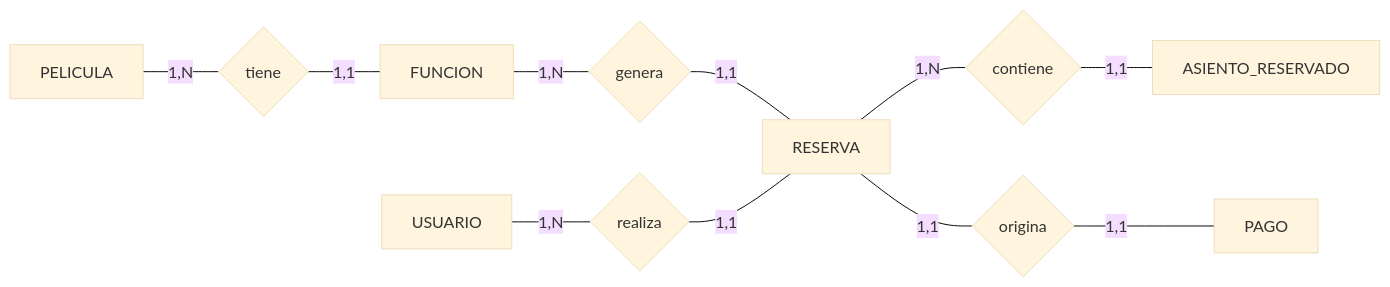
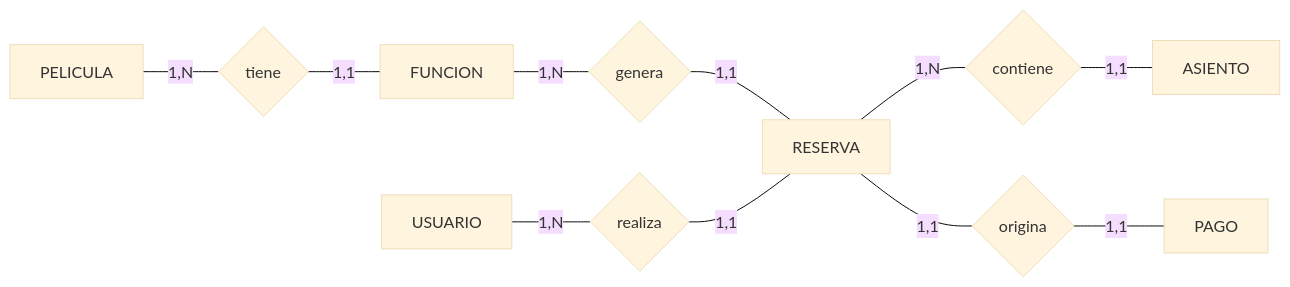
Before and after one commit to Gabriel-Sanabria/CineSeat: the diagram in Documentacion/modelo-datos.md, drawn with Mermaid (base theme). The commit also changed other lines of this file and 15 other files, not shown here.

````diff
--- a/Documentacion/modelo-datos.md
+++ b/Documentacion/modelo-datos.md
@@ -15,30 +15,30 @@
 ```mermaid
 graph LR
     PELICULA[PELICULA]
     FUNCION[FUNCION]
     RESERVA[RESERVA]
     USUARIO[USUARIO]
-    ASIENTO_RESERVADO["ASIENTO_RESERVADO"]
+    ASIENTO[ASIENTO]
     PAGO[PAGO]
 
     tiene{tiene}
     genera{genera}
     realiza{realiza}
     contiene{contiene}
     origina{origina}
 
     PELICULA ---|"1,N"| tiene
     tiene ---|"1,1"| FUNCION
 
     FUNCION ---|"1,N"| genera
     genera ---|"1,1"| RESERVA
 
     USUARIO ---|"1,N"| realiza
     realiza ---|"1,1"| RESERVA
 
     RESERVA ---|"1,N"| contiene
-    contiene ---|"1,1"| ASIENTO_RESERVADO
+    contiene ---|"1,1"| ASIENTO
 
     RESERVA ---|"1,1"| origina
     origina ---|"1,1"| PAGO
 ```
````
